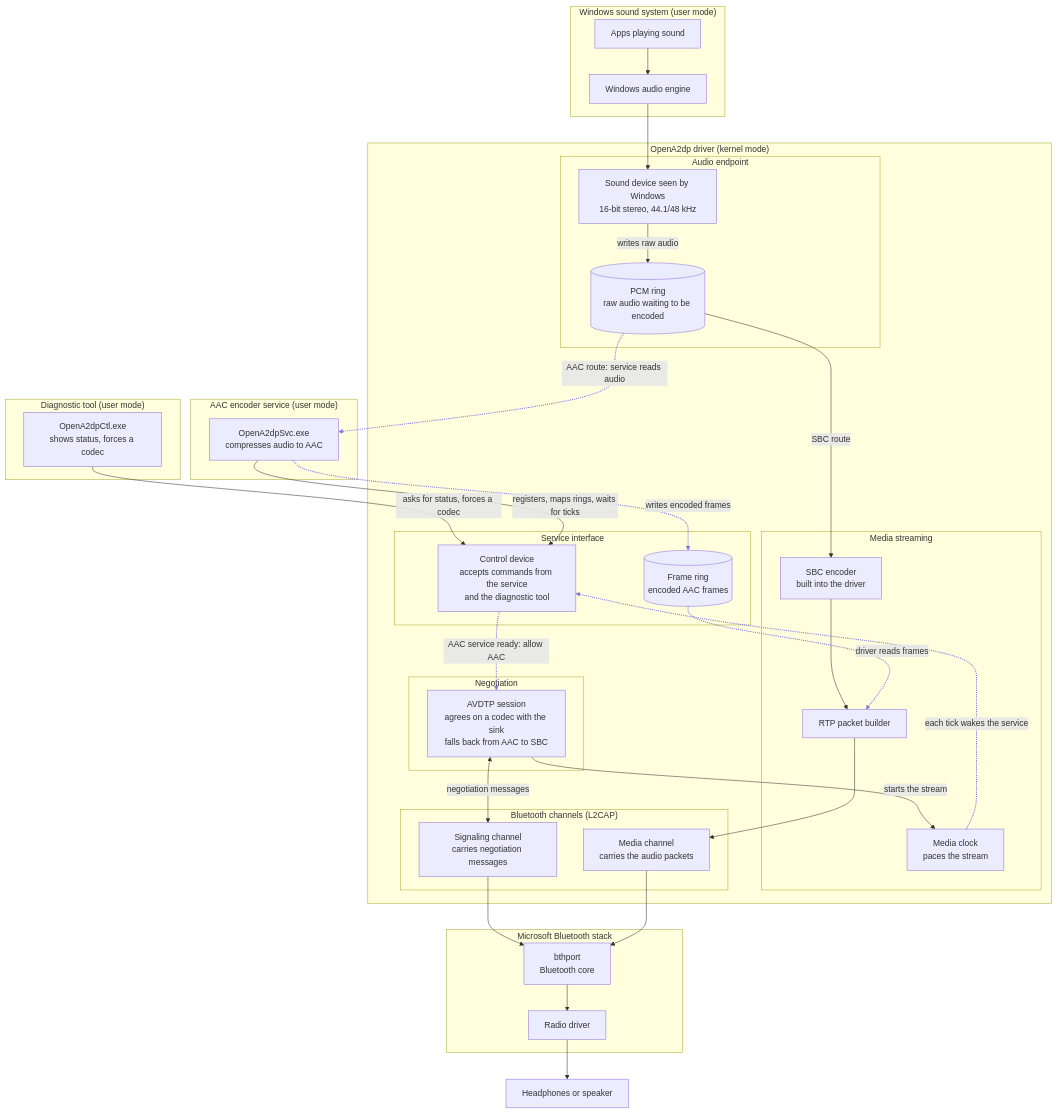
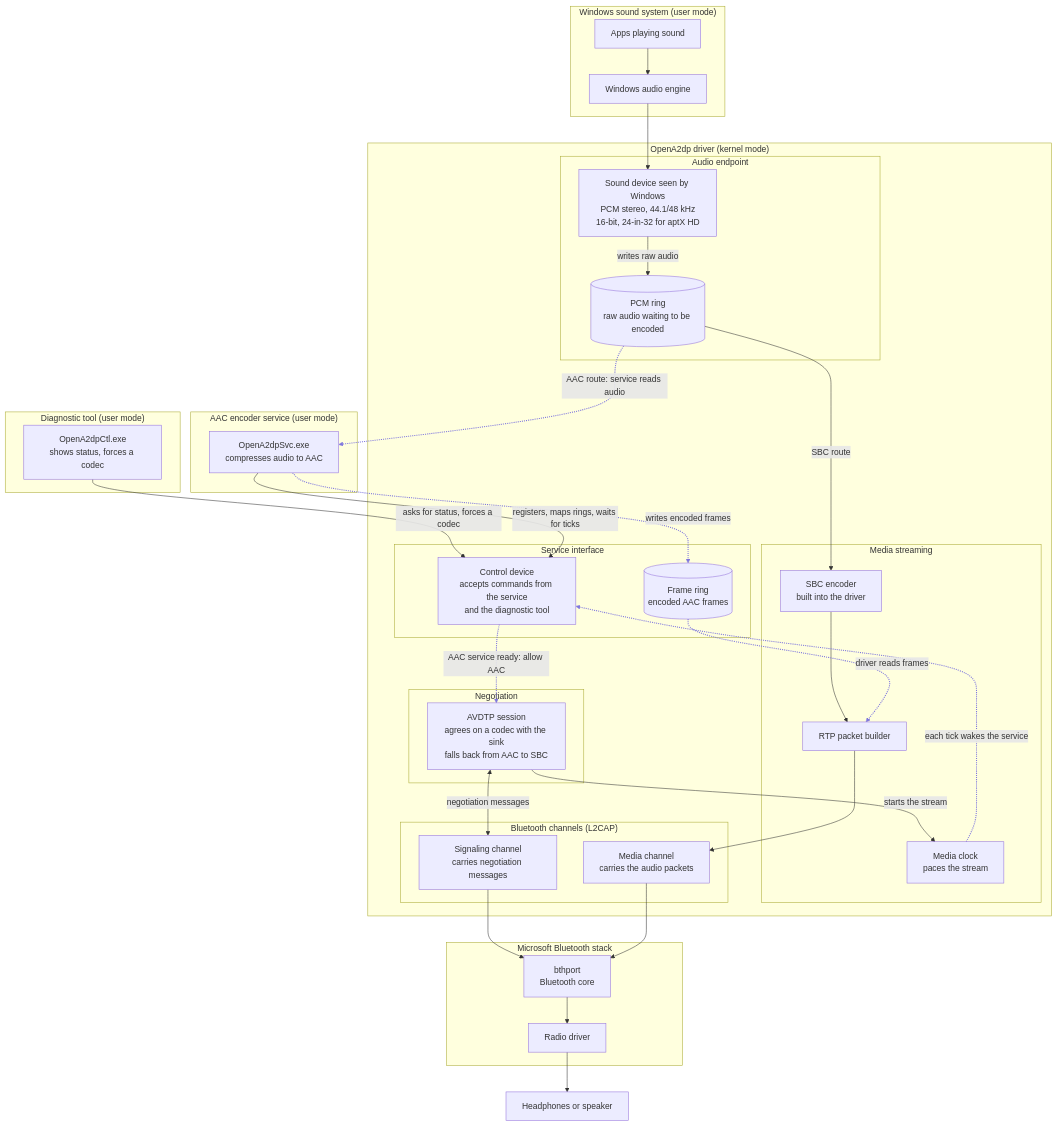
Before and after one commit to giovanni-bozzano/open-a2dp: the diagram in docs/architecture/Overview.md, drawn with Mermaid. The commit also changed 6 other files, not shown here.

First line of the commit message:
docs: describe the endpoint depth dimension across the architecture notes

````diff
--- a/docs/architecture/Overview.md
+++ b/docs/architecture/Overview.md
@@ -26,72 +26,72 @@
 ```mermaid
 flowchart TD
     subgraph WIN["Windows sound system (user mode)"]
         APP["Apps playing sound"]
         AE["Windows audio engine"]
     end
 
     subgraph AACSVC["AAC encoder service (user mode)"]
         SVC["OpenA2dpSvc.exe<br/>compresses audio to AAC"]
     end
 
     subgraph TOOL["Diagnostic tool (user mode)"]
         CLI["OpenA2dpCtl.exe<br/>shows status, forces a codec"]
     end
 
     subgraph DRV["OpenA2dp driver (kernel mode)"]
         subgraph AUD["Audio endpoint"]
-            ACX["Sound device seen by Windows<br/>16-bit stereo, 44.1/48 kHz"]
+            ACX["Sound device seen by Windows<br/>PCM stereo, 44.1/48 kHz<br/>16-bit, 24-in-32 for aptX HD"]
             PCM[("PCM ring<br/>raw audio waiting to be encoded")]
         end
 
         subgraph NEG["Negotiation"]
             SES["AVDTP session<br/>agrees on a codec with the sink<br/>falls back from AAC to SBC"]
         end
 
         subgraph STR["Media streaming"]
             CLK["Media clock<br/>paces the stream"]
             SBC["SBC encoder<br/>built into the driver"]
             RTP["RTP packet builder"]
         end
 
         subgraph SVI["Service interface"]
             CTL["Control device<br/>accepts commands from the service<br/>and the diagnostic tool"]
             FR[("Frame ring<br/>encoded AAC frames")]
         end
 
         subgraph CHN["Bluetooth channels (L2CAP)"]
             SCH["Signaling channel<br/>carries negotiation messages"]
             MCH["Media channel<br/>carries the audio packets"]
         end
     end
 
     subgraph MS["Microsoft Bluetooth stack"]
         BTH["bthport<br/>Bluetooth core"]
         RAD["Radio driver"]
     end
 
     HP["Headphones or speaker"]
 
     APP --> AE --> ACX
     ACX -->|writes raw audio| PCM
     PCM -->|SBC route| SBC
     SBC --> RTP
     PCM -.->|AAC route: service reads audio| SVC
     SVC -.->|writes encoded frames| FR
     FR -.->|driver reads frames| RTP
 
     SES -->|starts the stream| CLK
     SES <-->|negotiation messages| SCH
     RTP --> MCH
 
     SCH --> BTH
     MCH --> BTH
     BTH --> RAD --> HP
 
     CLI -->|asks for status, forces a codec| CTL
     SVC -->|registers, maps rings, waits for ticks| CTL
     CTL -.->|AAC service ready: allow AAC| SES
     CLK -.->|each tick wakes the service| CTL
 
     linkStyle 5,6,7,17,18 stroke:#7F77DD,stroke-width:2px
 ```
````
